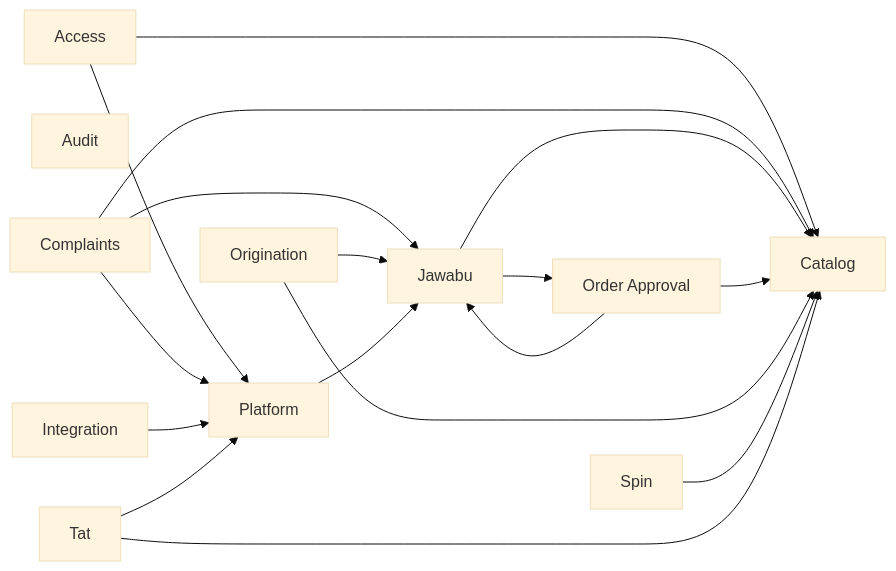
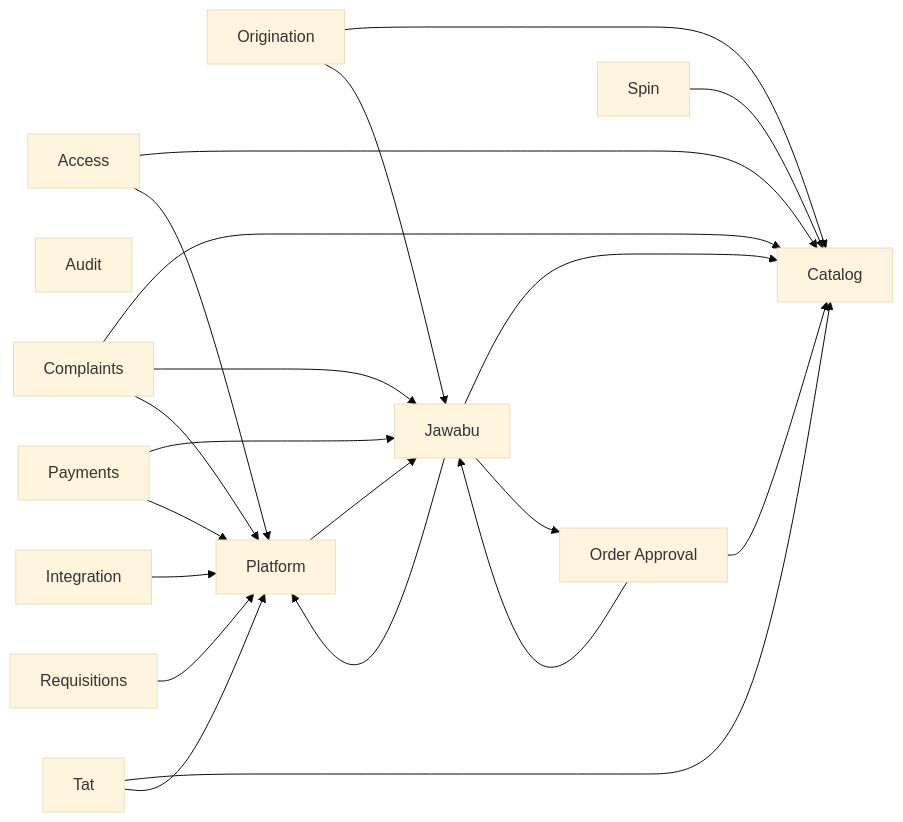
The diagram in docs/database/overview.mmd (bedanavrvm/HB-Biogas-Telegram-Bot), drawn with Mermaid (base theme) before and after one commit. The commit also changed 35 other files, not shown here.

```diff
--- a/docs/database/overview.mmd
+++ b/docs/database/overview.mmd
@@ -1,28 +1,34 @@
 flowchart LR
   access["Access"]
   audit["Audit"]
   catalog["Catalog"]
   complaints["Complaints"]
   integration["Integration"]
   jawabu["Jawabu"]
   order_approval["Order Approval"]
   origination["Origination"]
+  payments["Payments"]
   platform["Platform"]
+  requisitions["Requisitions"]
   spin["Spin"]
   tat["Tat"]
   access --> catalog
   access --> platform
   complaints --> catalog
   complaints --> jawabu
   complaints --> platform
   integration --> platform
   jawabu --> catalog
   jawabu --> order_approval
+  jawabu --> platform
   order_approval --> catalog
   order_approval --> jawabu
   origination --> catalog
   origination --> jawabu
+  payments --> jawabu
+  payments --> platform
   platform --> jawabu
+  requisitions --> platform
   spin --> catalog
   tat --> catalog
   tat --> platform
```
